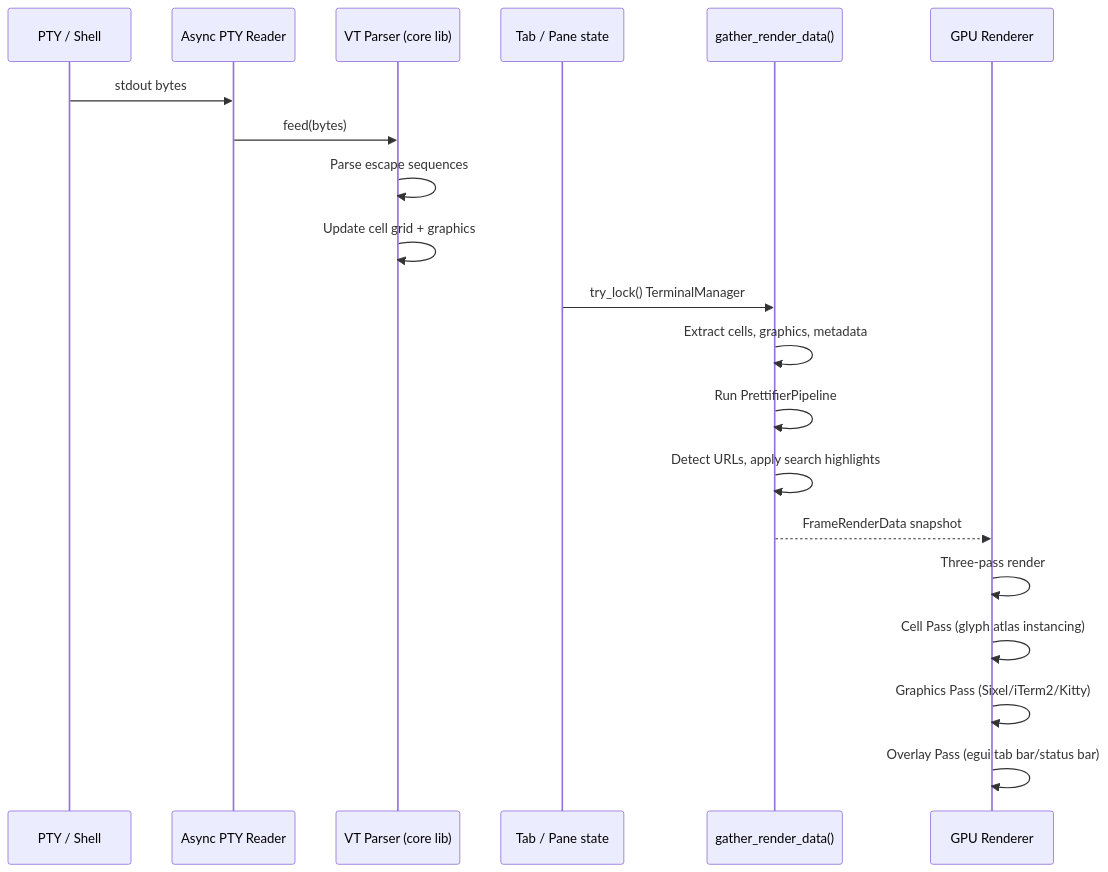
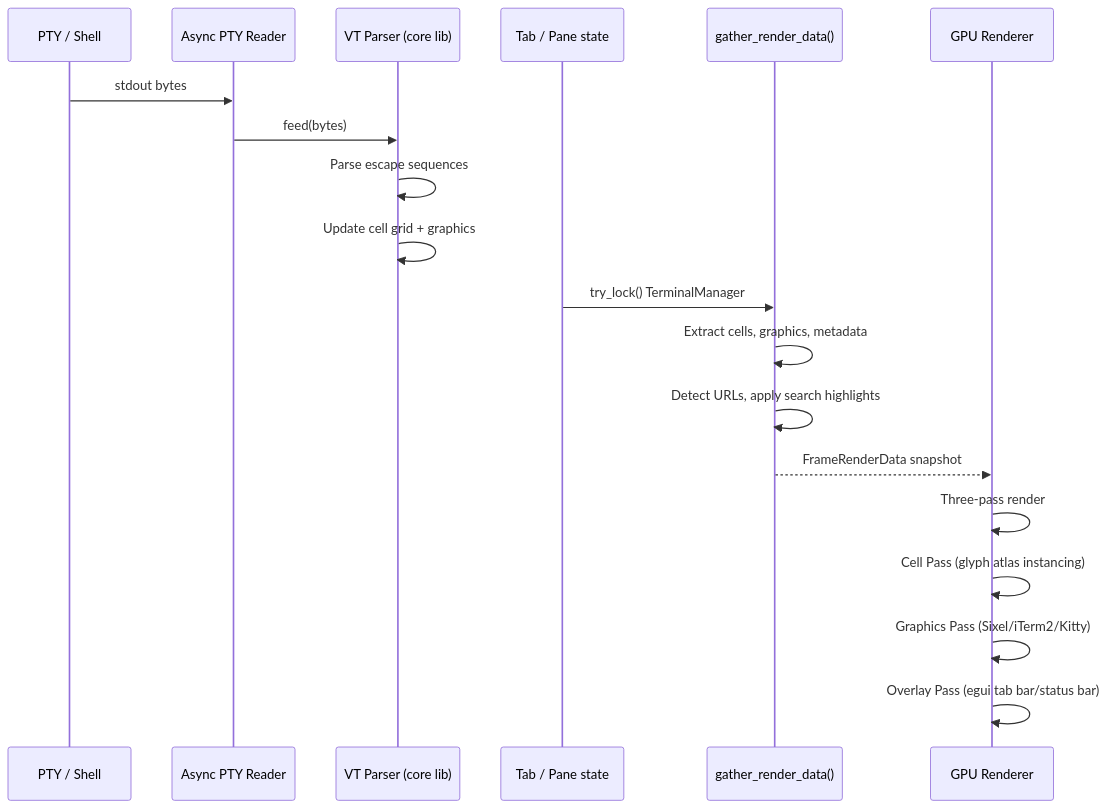
The third of 3 diagrams in docs/STATE_LIFECYCLE.md (paulrobello/par-term), drawn with Mermaid before and after one commit. The commit also changed other lines of this file and 192 other files, not shown here.

````diff
--- a/docs/STATE_LIFECYCLE.md
+++ b/docs/STATE_LIFECYCLE.md
@@ -249,23 +248,22 @@
 ```mermaid
 sequenceDiagram
     participant PTY as PTY / Shell
     participant Reader as Async PTY Reader
     participant Core as VT Parser (core lib)
     participant Tab as Tab / Pane state
     participant Gather as gather_render_data()
     participant GPU as GPU Renderer
 
     PTY->>Reader: stdout bytes
     Reader->>Core: feed(bytes)
     Core->>Core: Parse escape sequences
     Core->>Core: Update cell grid + graphics
     Tab->>Gather: try_lock() TerminalManager
     Gather->>Gather: Extract cells, graphics, metadata
-    Gather->>Gather: Run PrettifierPipeline
     Gather->>Gather: Detect URLs, apply search highlights
     Gather-->>GPU: FrameRenderData snapshot
     GPU->>GPU: Three-pass render
     GPU->>GPU: Cell Pass (glyph atlas instancing)
     GPU->>GPU: Graphics Pass (Sixel/iTerm2/Kitty)
     GPU->>GPU: Overlay Pass (egui tab bar/status bar)
 ```
````
